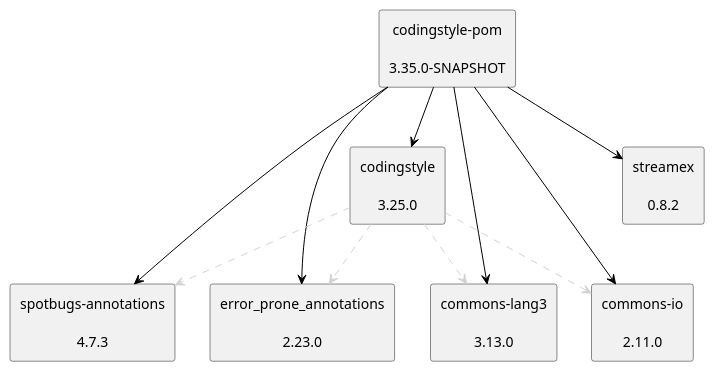
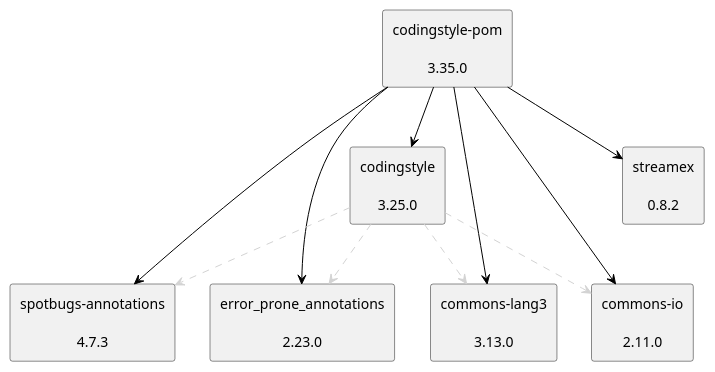
One commit to uhafner/codingstyle-pom changed the diagram in doc/dependency-graph.puml. Above: the diagram before and after it, drawn with PlantUML.

Commit message:
Update dependencies.

```diff
--- a/doc/dependency-graph.puml
+++ b/doc/dependency-graph.puml
@@ -1,26 +1,26 @@
 @startuml
 skinparam defaultTextAlignment center
 skinparam rectangle {
   BackgroundColor<<optional>> beige
   BackgroundColor<<test>> lightGreen
   BackgroundColor<<runtime>> lightBlue
   BackgroundColor<<provided>> lightGray
 }
-rectangle "codingstyle-pom\n\n3.35.0-SNAPSHOT" as edu_hm_hafner_codingstyle_pom_pom
+rectangle "codingstyle-pom\n\n3.35.0" as edu_hm_hafner_codingstyle_pom_pom
 rectangle "spotbugs-annotations\n\n4.7.3" as com_github_spotbugs_spotbugs_annotations_jar
 rectangle "error_prone_annotations\n\n2.23.0" as com_google_errorprone_error_prone_annotations_jar
 rectangle "streamex\n\n0.8.2" as one_util_streamex_jar
 rectangle "codingstyle\n\n3.25.0" as edu_hm_hafner_codingstyle_jar
 rectangle "commons-lang3\n\n3.13.0" as org_apache_commons_commons_lang3_jar
 rectangle "commons-io\n\n2.11.0" as commons_io_commons_io_jar
 edu_hm_hafner_codingstyle_pom_pom -[#000000]-> com_github_spotbugs_spotbugs_annotations_jar
 edu_hm_hafner_codingstyle_pom_pom -[#000000]-> com_google_errorprone_error_prone_annotations_jar
 edu_hm_hafner_codingstyle_pom_pom -[#000000]-> one_util_streamex_jar
 edu_hm_hafner_codingstyle_jar .[#D3D3D3].> com_github_spotbugs_spotbugs_annotations_jar
 edu_hm_hafner_codingstyle_jar .[#D3D3D3].> com_google_errorprone_error_prone_annotations_jar
 edu_hm_hafner_codingstyle_jar .[#D3D3D3].> org_apache_commons_commons_lang3_jar
 edu_hm_hafner_codingstyle_jar .[#D3D3D3].> commons_io_commons_io_jar
 edu_hm_hafner_codingstyle_pom_pom -[#000000]-> edu_hm_hafner_codingstyle_jar
 edu_hm_hafner_codingstyle_pom_pom -[#000000]-> org_apache_commons_commons_lang3_jar
 edu_hm_hafner_codingstyle_pom_pom -[#000000]-> commons_io_commons_io_jar
 @enduml
```
